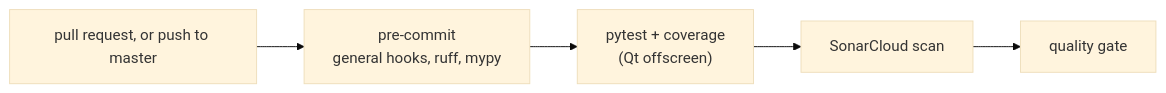
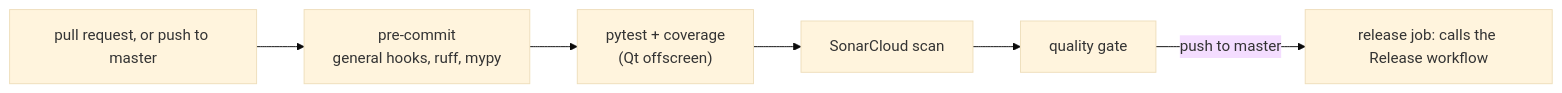
One commit to cristianat98/Scientific-Calculator changed the second of 3 diagrams in docs/flows.md. Above: the diagram before and after it, drawn with Mermaid (base theme). The commit also changed other lines of this file and 9 other files, not shown here.

````diff
--- a/docs/flows.md
+++ b/docs/flows.md
@@ -23,7 +23,8 @@
 ```mermaid
 flowchart LR
   trigger["pull request, or push to master"] --> pc["pre-commit<br/>general hooks, ruff, mypy"]
   pc --> test["pytest + coverage<br/>(Qt offscreen)"]
   test --> sonar["SonarCloud scan"]
   sonar --> gate["quality gate"]
+  gate -->|"push to master"| release["release job: calls the Release workflow"]
 ```
````
